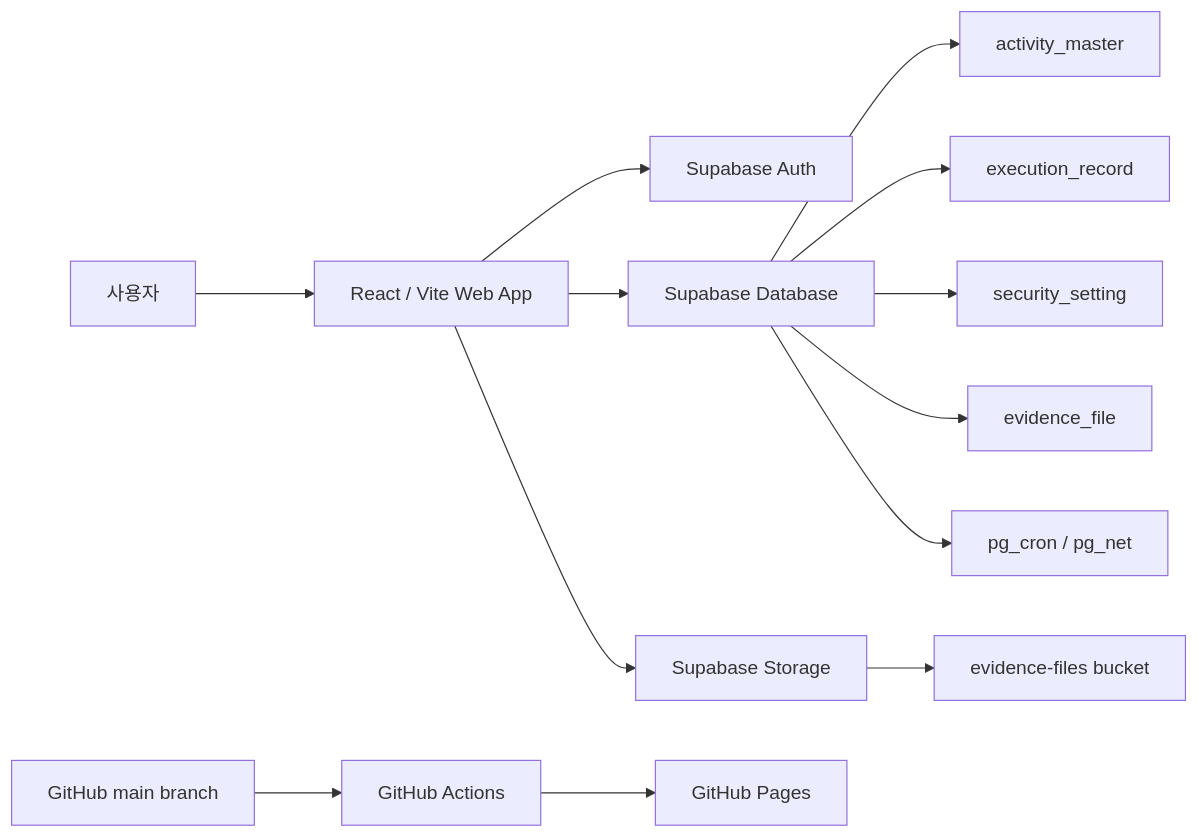
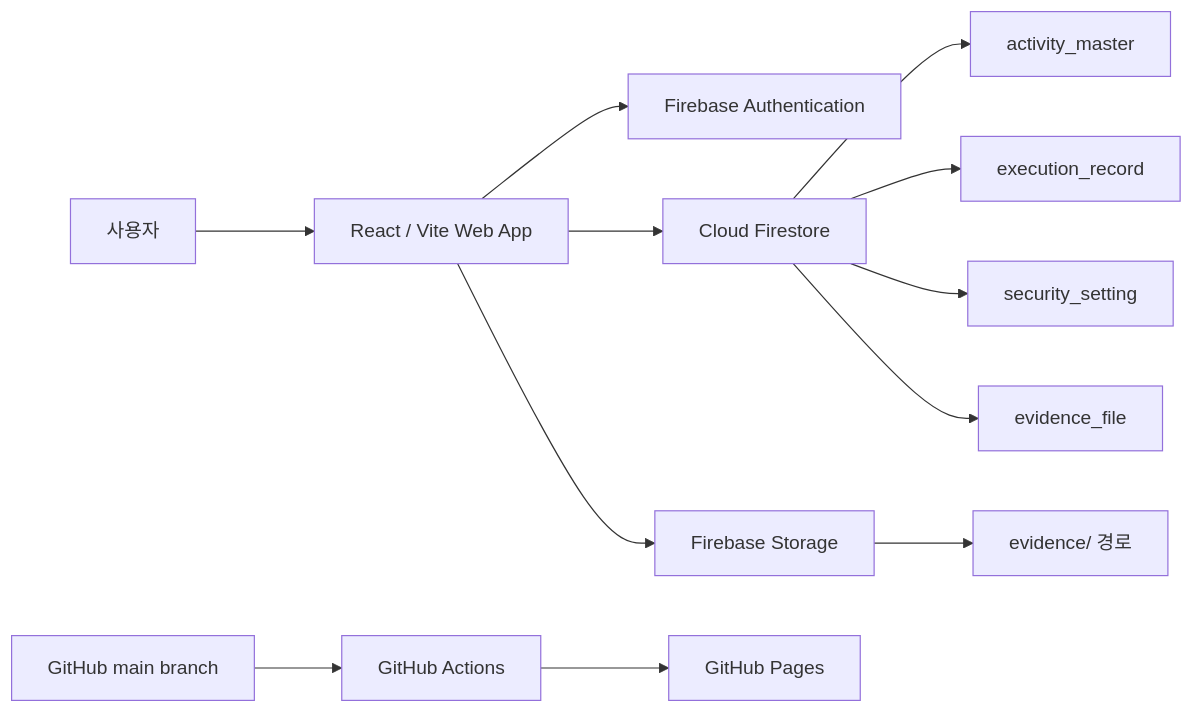
One commit to sanghakbae/security-activity-monitoring-system changed the diagram in README.md. Above: the diagram before and after it, drawn with Mermaid. The commit also changed other lines of this file and 36 other files, not shown here.

First line of the commit message:
feat: migrate backend from Supabase to Firebase

````diff
--- a/README.md
+++ b/README.md
@@ -128,18 +126,17 @@
 ```mermaid
 flowchart LR
   User["사용자"] --> WebApp["React / Vite Web App"]
-  WebApp --> Auth["Supabase Auth"]
-  WebApp --> DB["Supabase Database"]
-  WebApp --> Storage["Supabase Storage"]
+  WebApp --> Auth["Firebase Authentication"]
+  WebApp --> DB["Cloud Firestore"]
+  WebApp --> Storage["Firebase Storage"]
 
   DB --> ActivityMaster["activity_master"]
   DB --> ExecutionRecord["execution_record"]
   DB --> SecuritySetting["security_setting"]
   DB --> EvidenceFile["evidence_file"]
 
-  Storage --> EvidenceStorage["evidence-files bucket"]
+  Storage --> EvidenceStorage["evidence/ 경로"]
 
-  DB --> Cron["pg_cron / pg_net"]
   GitHub["GitHub main branch"] --> Actions["GitHub Actions"]
   Actions --> Pages["GitHub Pages"]
 ```
````
